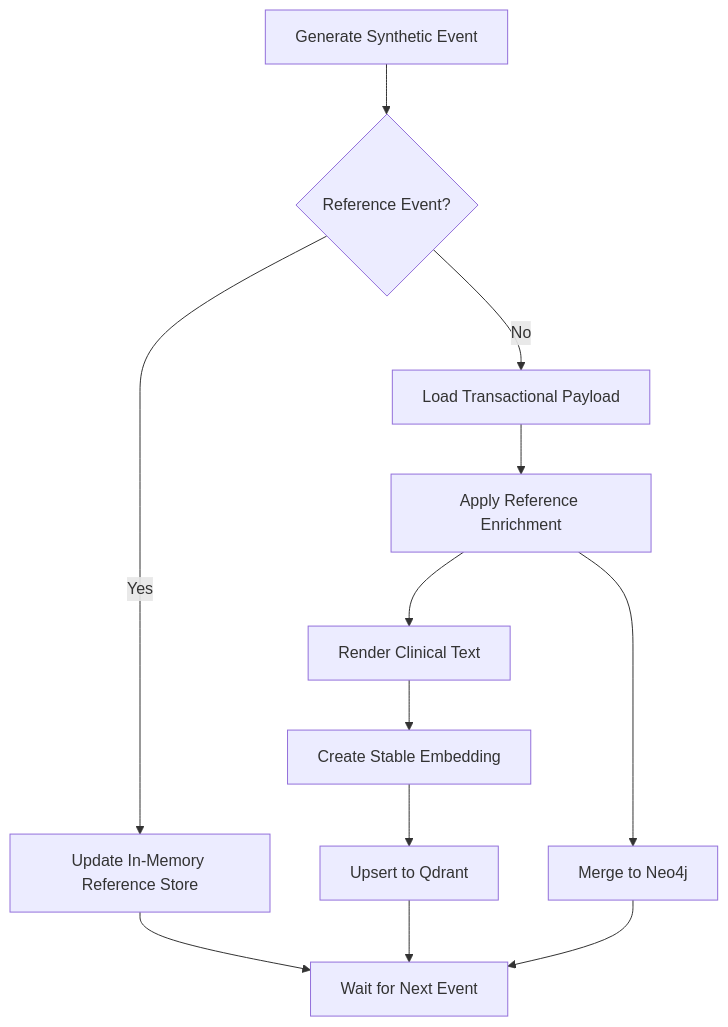
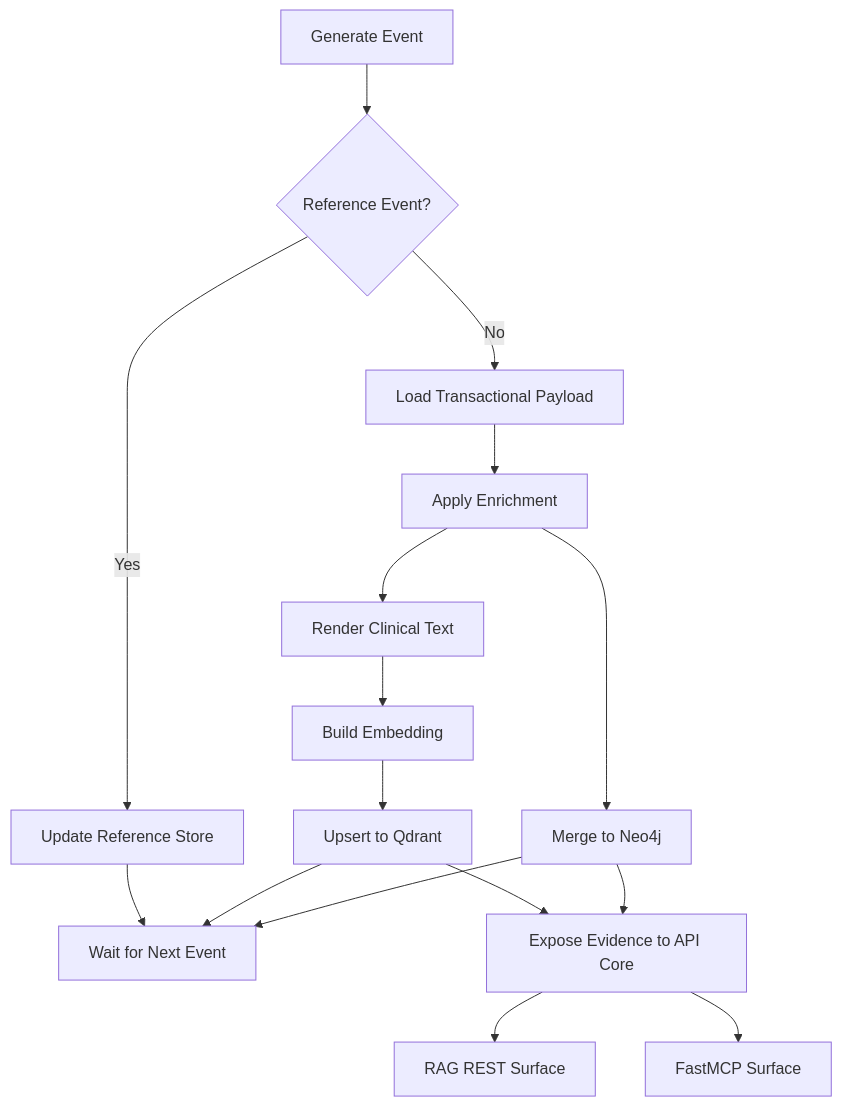
Before and after one commit to wchen-dea/Agentic-AI-Healthcare-GraphRAG: the third of 4 diagrams in docs/ARCHITECTURE.md, drawn with Mermaid. The commit also changed other lines of this file and 63 other files, not shown here.

````diff
--- a/docs/ARCHITECTURE.md
+++ b/docs/ARCHITECTURE.md
@@ -140,14 +161,18 @@
 ```mermaid
 flowchart TD
-  A[Generate Synthetic Event] --> B{Reference Event?}
-  B -->|Yes| C[Update In-Memory Reference Store]
+  A[Generate Event] --> B{Reference Event?}
+  B -->|Yes| C[Update Reference Store]
   B -->|No| D[Load Transactional Payload]
   C --> E[Wait for Next Event]
-  D --> F[Apply Reference Enrichment]
+  D --> F[Apply Enrichment]
   F --> G[Render Clinical Text]
-  G --> H[Create Stable Embedding]
+  G --> H[Build Embedding]
   H --> I[Upsert to Qdrant]
   F --> J[Merge to Neo4j]
+  I --> K[Expose Evidence to API Core]
+  J --> K
+  K --> L[RAG REST Surface]
+  K --> M[FastMCP Surface]
   I --> E
   J --> E
 ```
````
